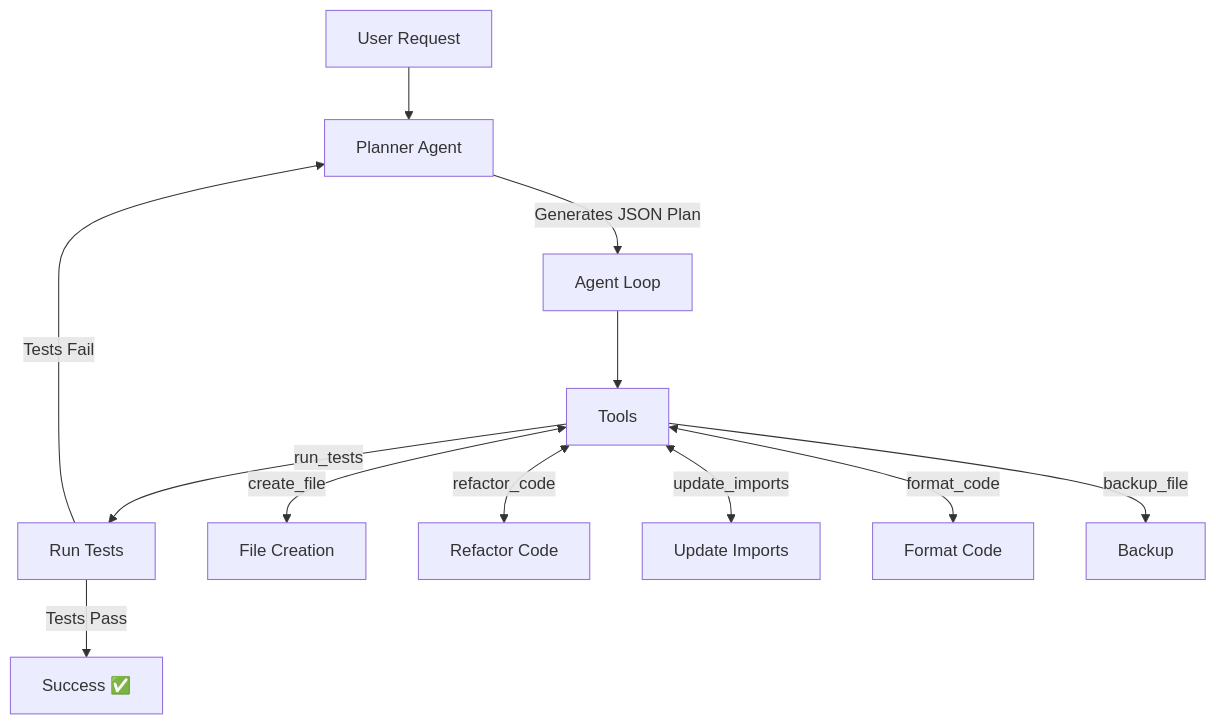
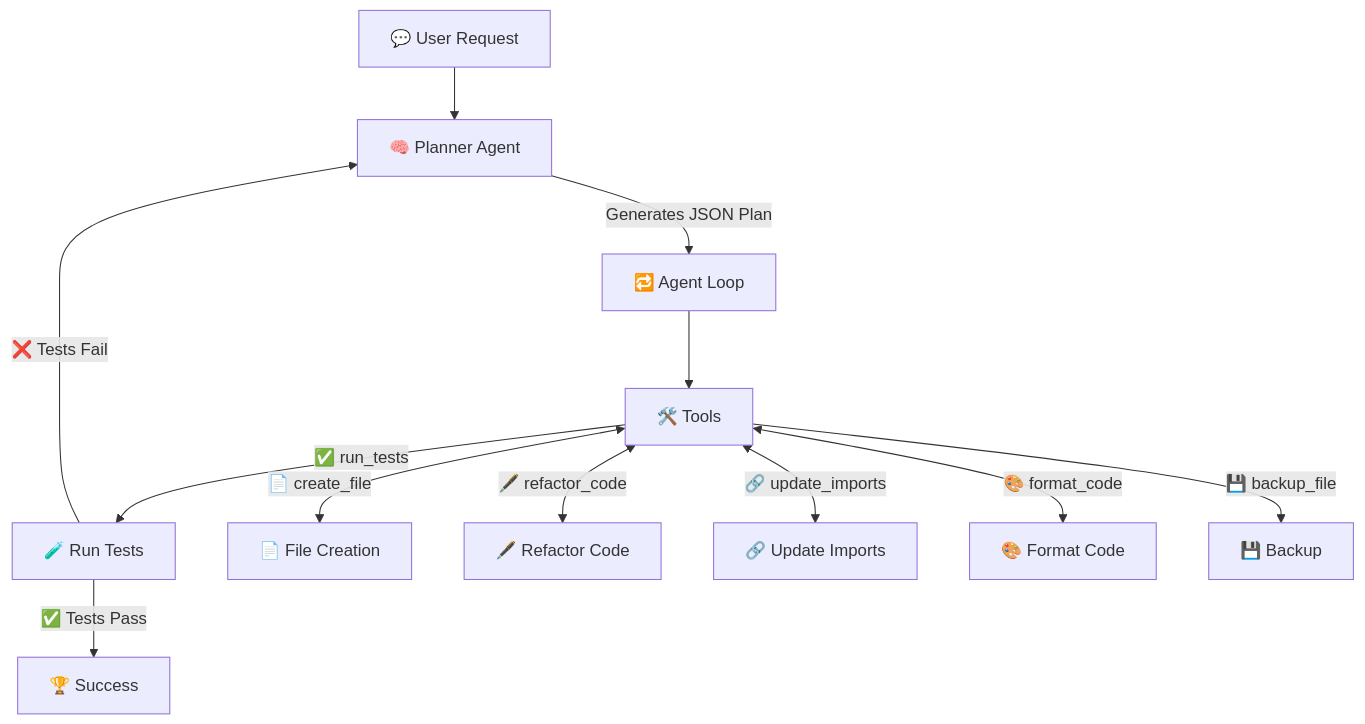
Before and after one commit to Perpetue237/agentsculptor: the diagram in README.md, drawn with Mermaid.

````diff
--- a/README.md
+++ b/README.md
@@ -301,14 +301,16 @@
 ``` mermaid
 flowchart TD
-    A[User Request] --> B[Planner Agent]
-    B -->|Generates JSON Plan| C[Agent Loop]
-    C --> D[Tools]
-    D -->|run_tests| D1[Run Tests]
-    D <-->|create_file| D2[File Creation]
-    D <-->|refactor_code| D3[Refactor Code]
-    D <-->|update_imports| D4[Update Imports]
-    D <-->|format_code| D5[Format Code]
-    D -->|backup_file| D6[Backup]
-    D1 -->|Tests Fail| B
-    D1 -->|Tests Pass| E[Success ✅]
+    A[💬 User Request] --> B[🧠 Planner Agent]
+    B -->|Generates JSON Plan| C[🔁 Agent Loop]
+    C --> D[🛠️ Tools]
+
+    D -->|✅ run_tests| D1[🧪 Run Tests]
+    D <-->|📄 create_file| D2[📄 File Creation]
+    D <-->|🖋️ refactor_code| D3[🖋️ Refactor Code]
+    D <-->|🔗 update_imports| D4[🔗 Update Imports]
+    D <-->|🎨 format_code| D5[🎨 Format Code]
+    D -->|💾 backup_file| D6[💾 Backup]
+
+    D1 -->|❌ Tests Fail| B
+    D1 -->|✅ Tests Pass| E[🏆 Success]
 ```
````
